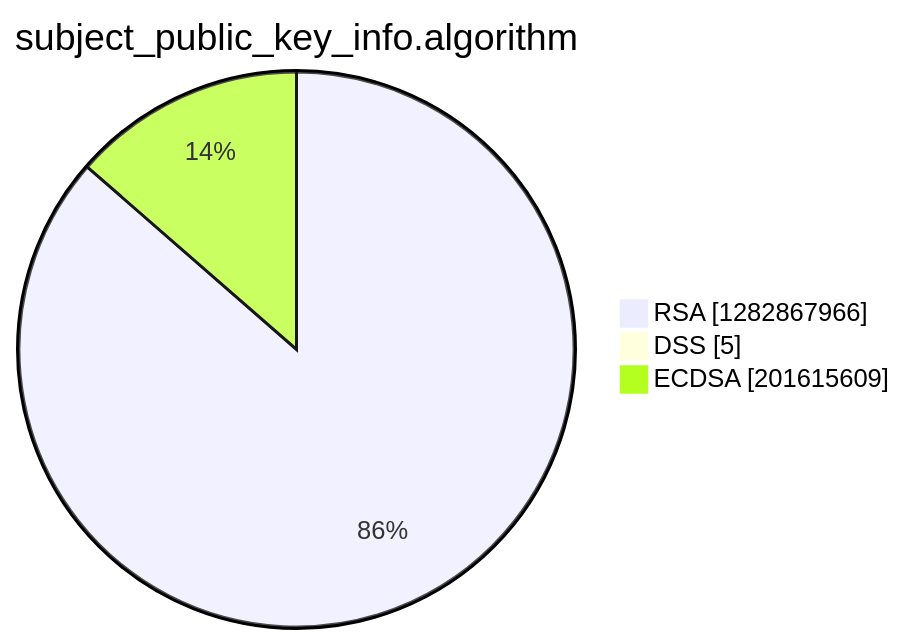
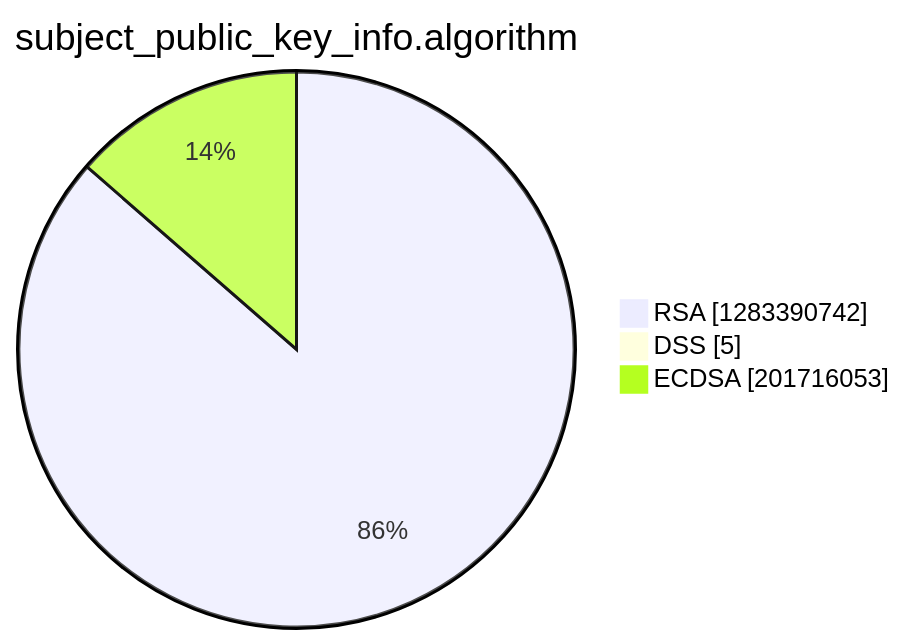
Before and after one commit to christiankrug/ctmonitor_visualization: the third of 15 diagrams in argon2022/README.md, drawn with Mermaid. The commit also changed other lines of this file, not shown here.

````diff
--- a/argon2022/README.md
+++ b/argon2022/README.md
@@ -14,7 +14,7 @@
 ```mermaid
 pie showData
 title subject_public_key_info.algorithm
-"RSA" :1282867966
+"RSA" :1283390742
 "DSS" :5
-"ECDSA" :201615609
+"ECDSA" :201716053
 ```
````
